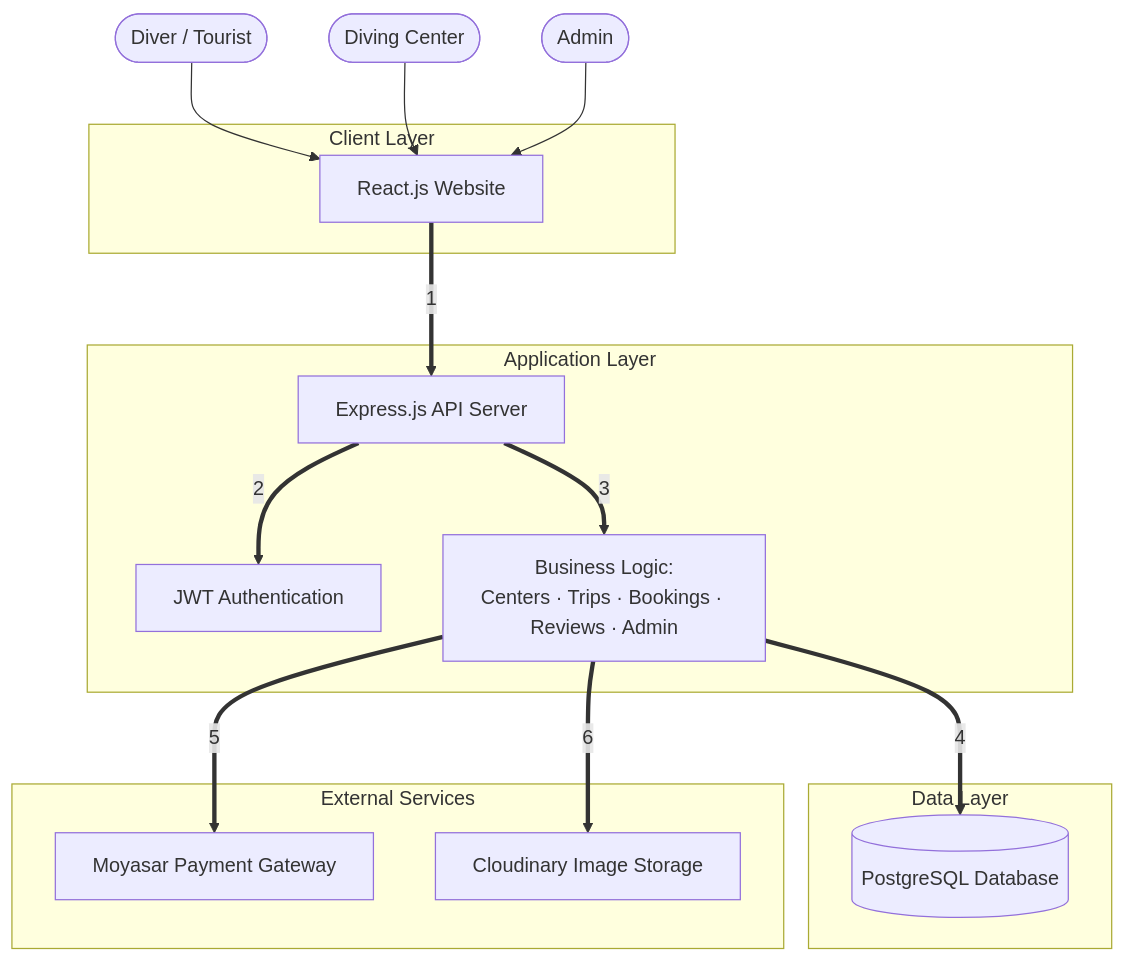
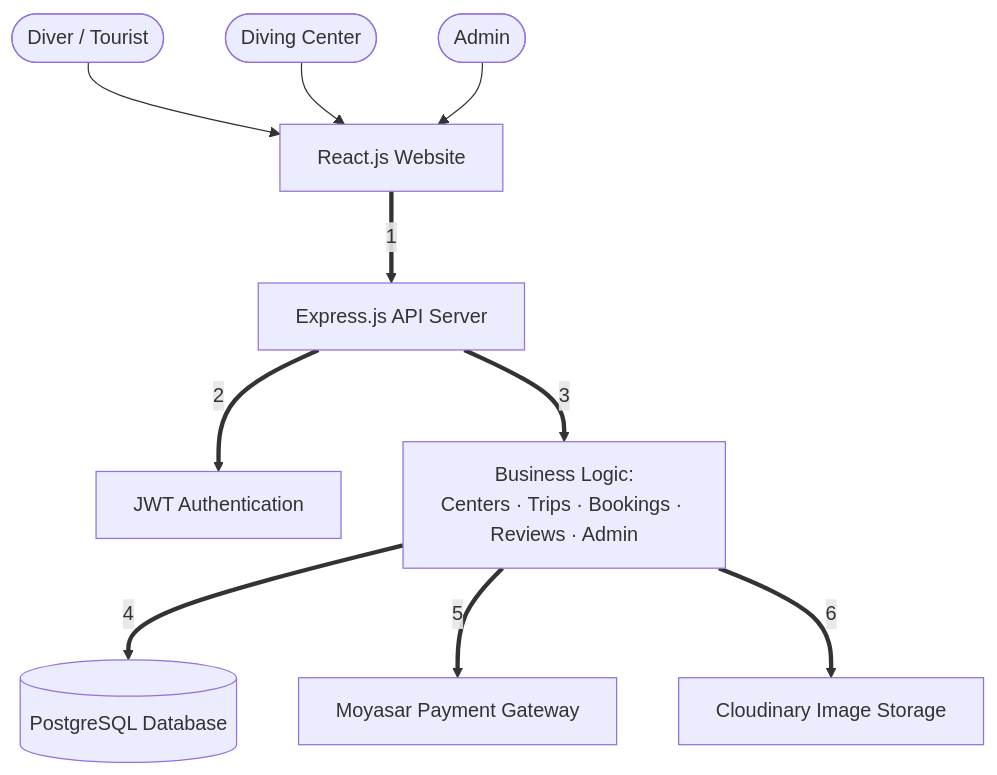
The first of 6 diagrams in stage 3/README.md (laradreamer79/Portfolio-Project), drawn with Mermaid before and after one commit.

Commit message:
Remove subgraph background boxes for a cleaner, flatter diagram

````diff
--- a/stage 3/README.md
+++ b/stage 3/README.md
@@ -80,38 +80,19 @@
 ```mermaid
 flowchart TB
     Diver([Diver / Tourist])
     Center([Diving Center])
     Admin([Admin])
 
-    Diver --> WebApp
+    Diver --> WebApp["React.js Website"]
     Center --> WebApp
     Admin --> WebApp
 
-    subgraph Client["Client Layer"]
-        WebApp["React.js Website"]
-    end
+    WebApp ==>|"1"| API["Express.js API Server"]
 
-    WebApp ==>|"1"| API
+    API ==>|"2"| Auth["JWT Authentication"]
+    API ==>|"3"| BL["Business Logic:<br/>Centers · Trips · Bookings · Reviews · Admin"]
 
-    subgraph Server["Application Layer"]
-        API["Express.js API Server"]
-        Auth["JWT Authentication"]
-        BL["Business Logic:<br/>Centers · Trips · Bookings · Reviews · Admin"]
-
-        API ==>|"2"| Auth
-        API ==>|"3"| BL
-    end
-
-    BL ==>|"4"| DB
-    BL ==>|"5"| Payment
-    BL ==>|"6"| Media
-
-    subgraph Persistence["Data Layer"]
-        DB[("PostgreSQL Database")]
-    end
-
-    subgraph Integrations["External Services"]
-        Payment["Moyasar Payment Gateway"]
-        Media["Cloudinary Image Storage"]
-    end
+    BL ==>|"4"| DB[("PostgreSQL Database")]
+    BL ==>|"5"| Payment["Moyasar Payment Gateway"]
+    BL ==>|"6"| Media["Cloudinary Image Storage"]
 ```
````
